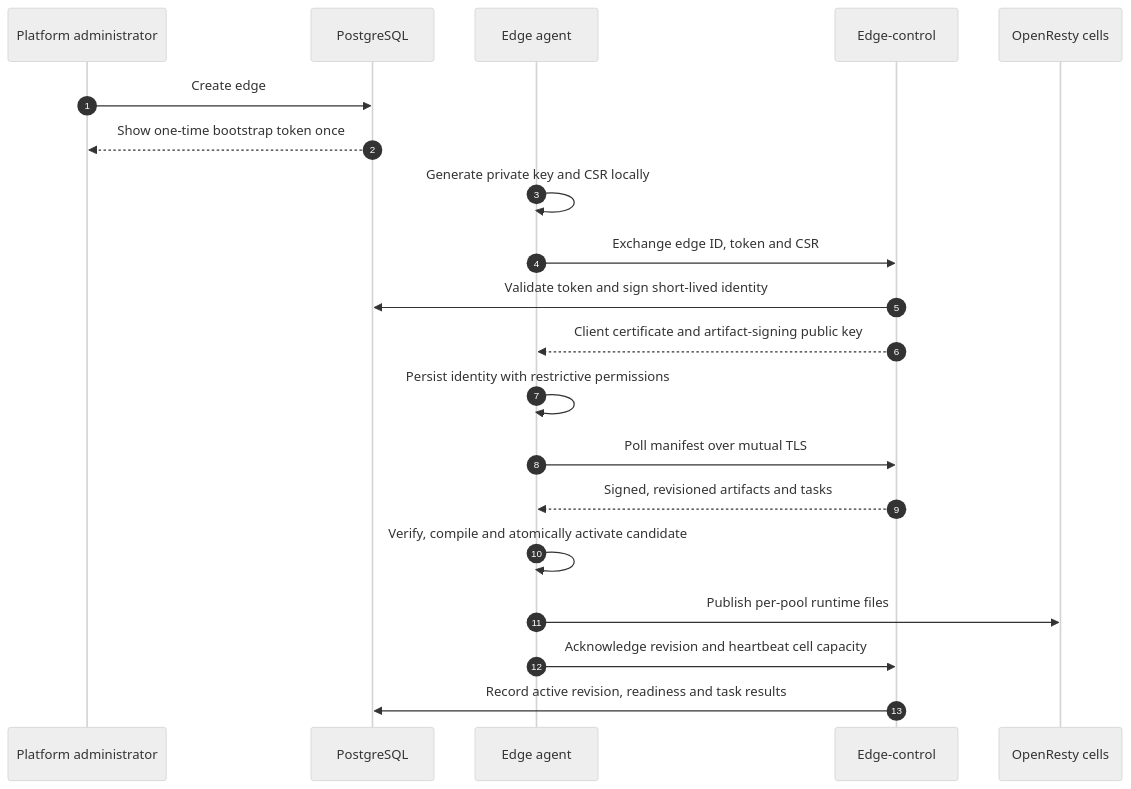
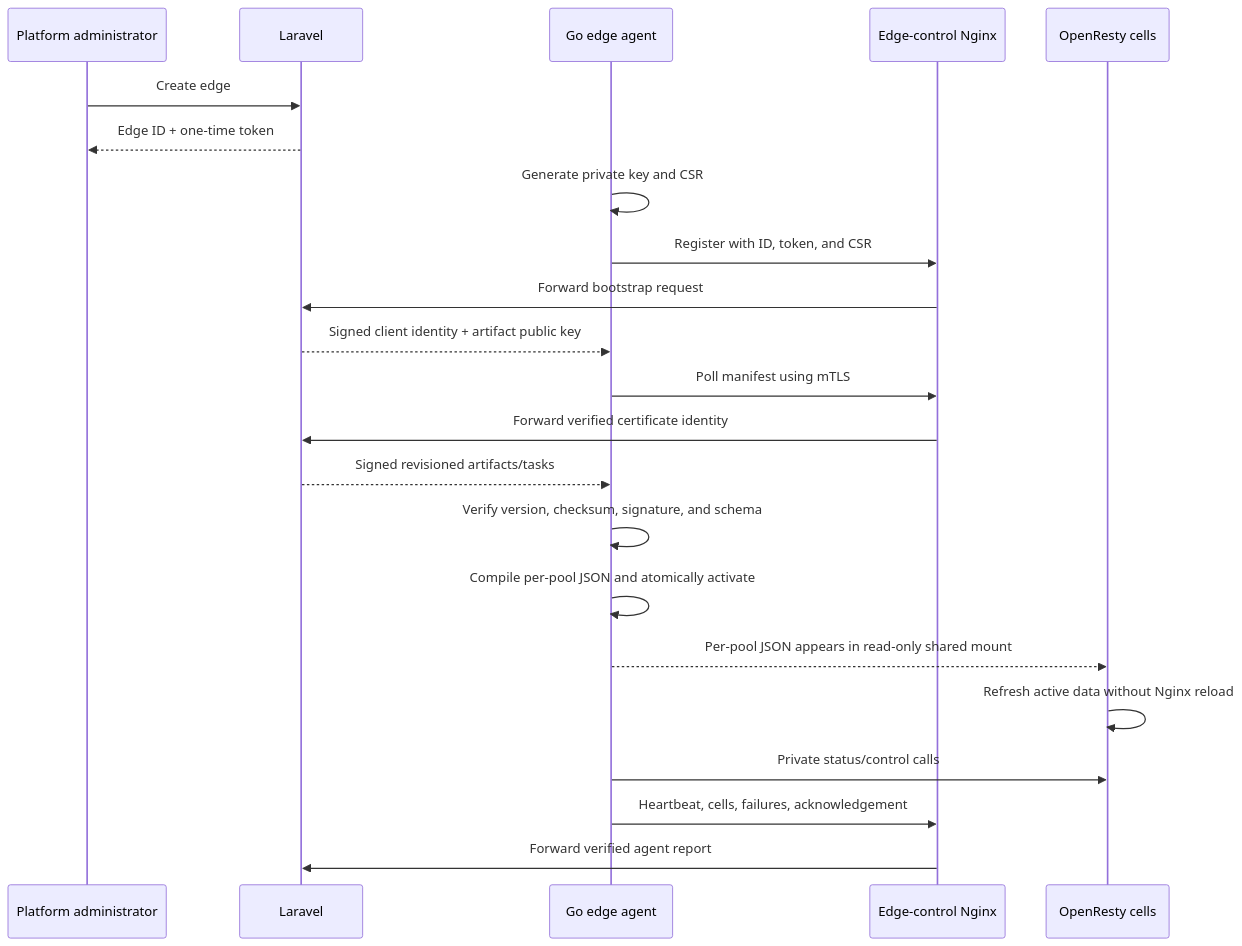
The sixth of 7 diagrams in docs/architecture.md (vaheed/CDNFoundry), drawn with Mermaid before and after one commit. The commit also changed other lines of this file and 25 other files, not shown here.

````diff
--- a/docs/architecture.md
+++ b/docs/architecture.md
@@ -153,24 +248,25 @@
 ```mermaid
-%%{init: {"sequence": {"useMaxWidth": true}, "theme": "neutral"}}%%
 sequenceDiagram
-    autonumber
-    participant Admin as Platform administrator
-    participant PG as PostgreSQL
-    participant Agent as Edge agent
-    participant EC as Edge-control
-    participant Cells as OpenResty cells
+    participant A as Platform administrator
+    participant L as Laravel
+    participant G as Go edge agent
+    participant E as Edge-control Nginx
+    participant C as OpenResty cells
 
-    Admin->>PG: Create edge
-    PG-->>Admin: Show one-time bootstrap token once
-    Agent->>Agent: Generate private key and CSR locally
-    Agent->>EC: Exchange edge ID, token and CSR
-    EC->>PG: Validate token and sign short-lived identity
-    EC-->>Agent: Client certificate and artifact-signing public key
-    Agent->>Agent: Persist identity with restrictive permissions
-    Agent->>EC: Poll manifest over mutual TLS
-    EC-->>Agent: Signed, revisioned artifacts and tasks
-    Agent->>Agent: Verify, compile and atomically activate candidate
-    Agent->>Cells: Publish per-pool runtime files
-    Agent->>EC: Acknowledge revision and heartbeat cell capacity
-    EC->>PG: Record active revision, readiness and task results
+    A->>L: Create edge
+    L-->>A: Edge ID + one-time token
+    G->>G: Generate private key and CSR
+    G->>E: Register with ID, token, and CSR
+    E->>L: Forward bootstrap request
+    L-->>G: Signed client identity + artifact public key
+    G->>E: Poll manifest using mTLS
+    E->>L: Forward verified certificate identity
+    L-->>G: Signed revisioned artifacts/tasks
+    G->>G: Verify version, checksum, signature, and schema
+    G->>G: Compile per-pool JSON and atomically activate
+    G-->>C: Per-pool JSON appears in read-only shared mount
+    C->>C: Refresh active data without Nginx reload
+    G->>C: Private status/control calls
+    G->>E: Heartbeat, cells, failures, acknowledgement
+    E->>L: Forward verified agent report
 ```
````
